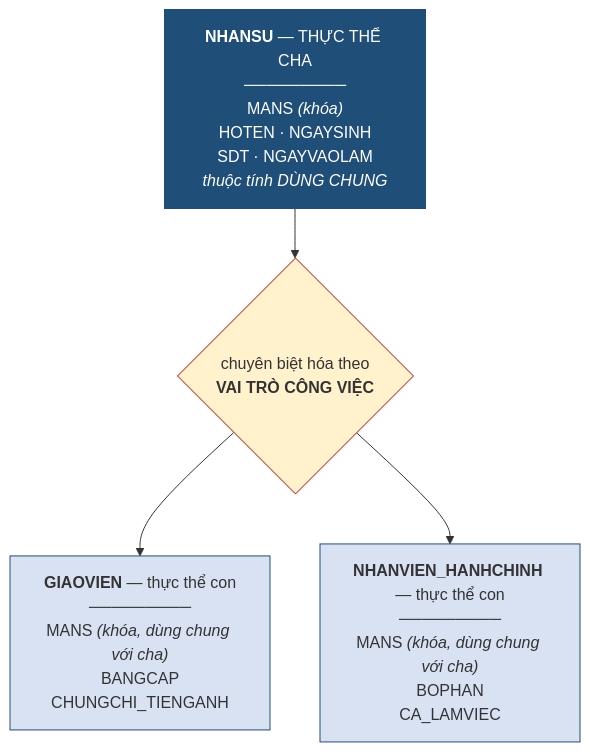
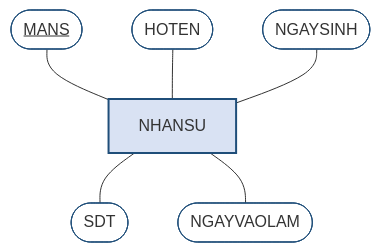
The second of 5 diagrams in docs/chuong-2/2-7-mo-hinh-er-mo-rong-eer.md (CuongNguyenDAU/csdl-dbs201), drawn with Mermaid before and after one commit. The commit also changed other lines of this file and 98 other files, not shown here.

First line of the commit message:
Cập nhật site theo giáo trình v5: ảnh minh họa thực tế, hộp Tự kiểm tra kèm đáp án gập

````diff
--- a/docs/chuong-2/2-7-mo-hinh-er-mo-rong-eer.md
+++ b/docs/chuong-2/2-7-mo-hinh-er-mo-rong-eer.md
@@ -31,11 +119,14 @@
 ```mermaid
 flowchart TB
-    NS["<b>NHANSU</b> — THỰC THỂ CHA<br/>─────────<br/>MANS <i>(khóa)</i><br/>HOTEN · NGAYSINH<br/>SDT · NGAYVAOLAM<br/><i>thuộc tính DÙNG CHUNG</i>"]
-    NS --> D{"chuyên biệt hóa theo<br/><b>VAI TRÒ CÔNG VIỆC</b>"}
-    D --> GV["<b>GIAOVIEN</b> — thực thể con<br/>─────────<br/>MANS <i>(khóa, dùng chung với cha)</i><br/>BANGCAP<br/>CHUNGCHI_TIENGANH"]
-    D --> HC["<b>NHANVIEN_HANHCHINH</b> — thực thể con<br/>─────────<br/>MANS <i>(khóa, dùng chung với cha)</i><br/>BOPHAN<br/>CA_LAMVIEC"]
-    style NS fill:#1F4E79,color:#fff,stroke:#1F4E79,stroke-width:2px
-    style D fill:#FFF2CC,stroke:#C00000
-    style GV fill:#D9E2F3,stroke:#1F4E79
-    style HC fill:#D9E2F3,stroke:#1F4E79
+    K(["<u>MANS</u>"]) --- NS["NHANSU"]
+    A1(["HOTEN"]) --- NS
+    A2(["NGAYSINH"]) --- NS
+    NS --- A3(["SDT"])
+    NS --- A4(["NGAYVAOLAM"])
+    style NS fill:#D9E2F3,stroke:#1F4E79,stroke-width:2px
+    style K fill:#fff,stroke:#1F4E79
+    style A1 fill:#fff,stroke:#1F4E79
+    style A2 fill:#fff,stroke:#1F4E79
+    style A3 fill:#fff,stroke:#1F4E79
+    style A4 fill:#fff,stroke:#1F4E79
 ```
````
